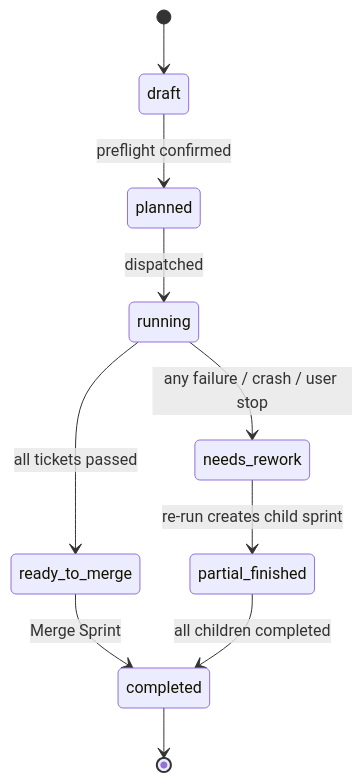
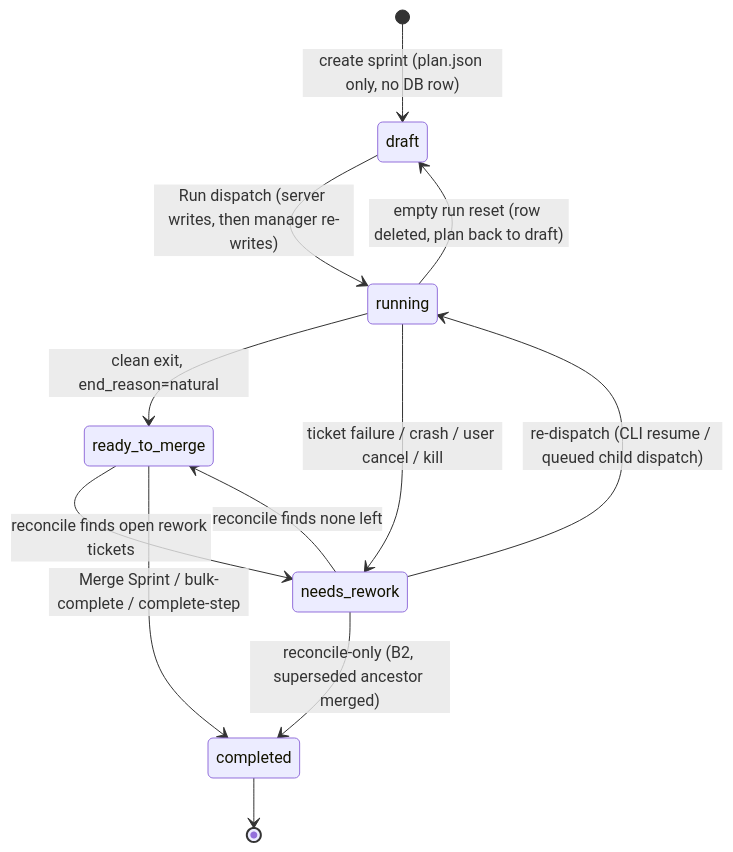
Before and after one commit to zealchaiwut/commander: the diagram in docs/architecture/sprint-lifecycle.md, drawn with Mermaid. The commit also changed other lines of this file and 4 other files, not shown here.

First line of the commit message:
docs(architecture): update lifecycle/reconcile/data docs to as-built (2026-07-02 flow review)

````diff
--- a/docs/architecture/sprint-lifecycle.md
+++ b/docs/architecture/sprint-lifecycle.md
@@ -87,12 +109,14 @@
 ```mermaid
 stateDiagram-v2
-    [*] --> draft
-    draft --> planned : preflight confirmed
-    planned --> running : dispatched
-    running --> ready_to_merge : all tickets passed
-    running --> needs_rework : any failure / crash / user stop
-    needs_rework --> partial_finished : re-run creates child sprint
-    ready_to_merge --> completed : Merge Sprint
-    partial_finished --> completed : all children completed
+    [*] --> draft : create sprint (plan.json only, no DB row)
+    draft --> running : Run dispatch (server writes, then manager re-writes)
+    running --> ready_to_merge : clean exit, end_reason=natural
+    running --> needs_rework : ticket failure / crash / user cancel / kill
+    running --> draft : empty run reset (row deleted, plan back to draft)
+    needs_rework --> running : re-dispatch (CLI resume / queued child dispatch)
+    ready_to_merge --> needs_rework : reconcile finds open rework tickets
+    needs_rework --> ready_to_merge : reconcile finds none left
+    ready_to_merge --> completed : Merge Sprint / bulk-complete / complete-step
+    needs_rework --> completed : reconcile-only (B2, superseded ancestor merged)
     completed --> [*]
 ```
````
